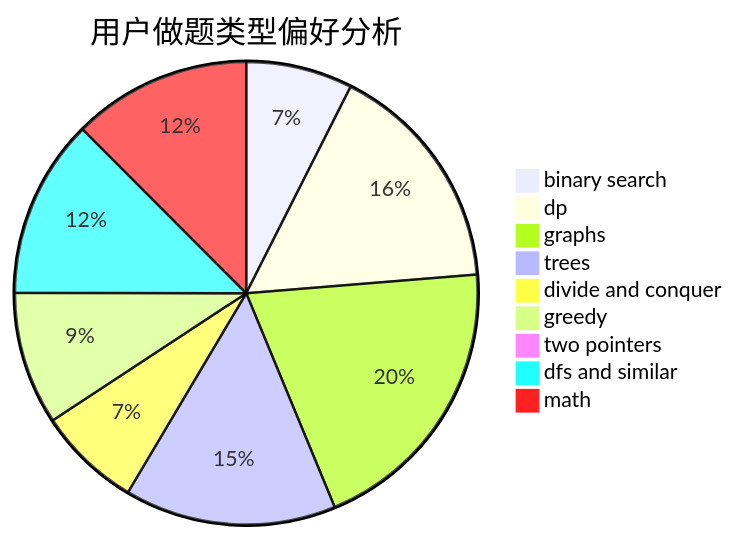
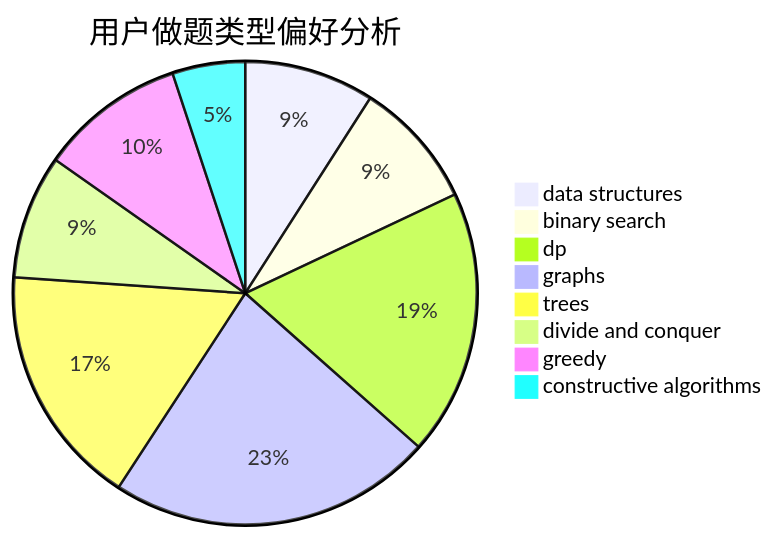
Before and after one commit to sherpahu/cfrs.github.io: the second of 3 diagrams in docs/user/u688.md, drawn with Mermaid. The commit also changed other lines of this file and 2775 other files, not shown here.

````diff
--- a/docs/user/u688.md
+++ b/docs/user/u688.md
@@ -23,12 +23,11 @@
 ```mermaid
 pie title 用户做题类型偏好分析
+    "data structures" :  66
     "binary search" :  65
-    "dp" :  142
-    "graphs" :  175
-    "trees" :  129
+    "dp" :  135
+    "graphs" :  165
+    "trees" :  123
     "divide and conquer" :  63
-    "greedy" :  81
-    "two pointers" :  5
-    "dfs and similar" :  109
-    "math" :  109
+    "greedy" :  74
+    "constructive algorithms" :  37
 ```
````
